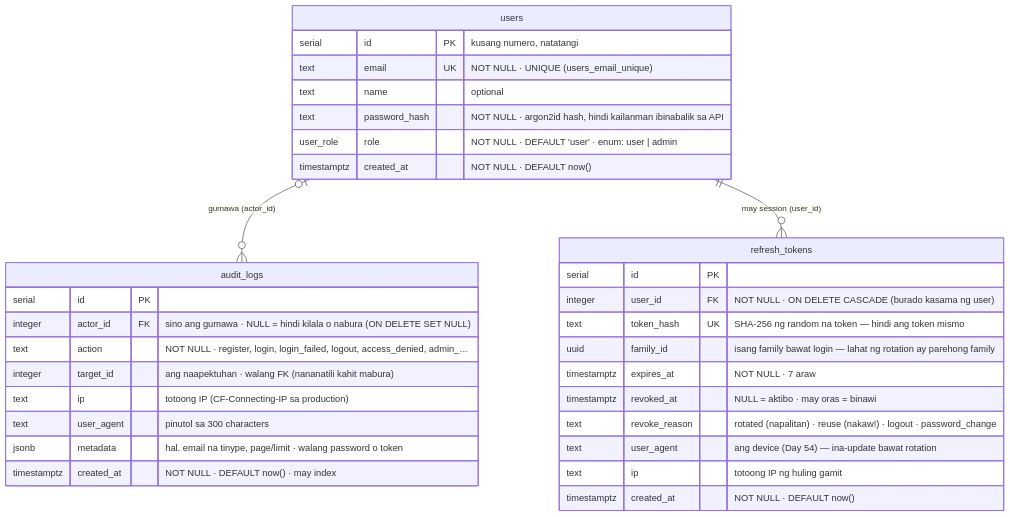
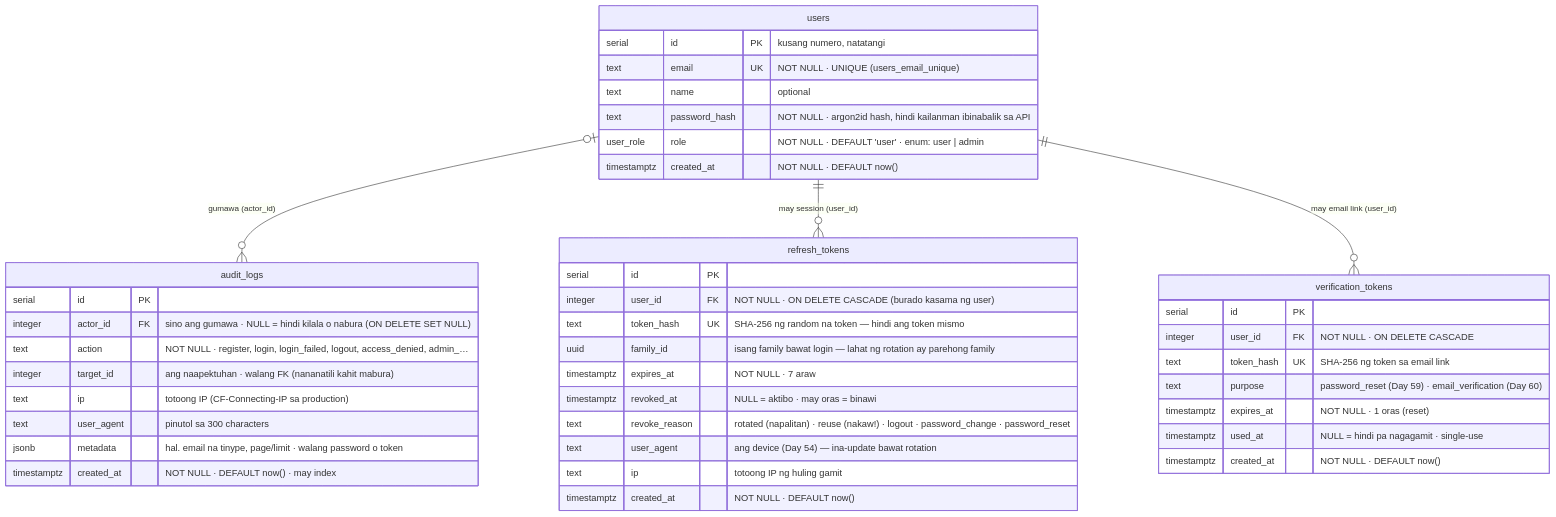
Before and after one commit to nelson1869-ai/auth-learning: the first of 2 diagrams in docs/diagrams/02-er-diagram.md, drawn with Mermaid. The commit also changed other lines of this file and 20 other files, not shown here.

````diff
--- a/docs/diagrams/02-er-diagram.md
+++ b/docs/diagrams/02-er-diagram.md
@@ -13,35 +13,45 @@
 ```mermaid
 erDiagram
     users {
         serial id PK "kusang numero, natatangi"
         text email UK "NOT NULL · UNIQUE (users_email_unique)"
         text name "optional"
         text password_hash "NOT NULL · argon2id hash, hindi kailanman ibinabalik sa API"
         user_role role "NOT NULL · DEFAULT 'user' · enum: user | admin"
         timestamptz created_at "NOT NULL · DEFAULT now()"
     }
     audit_logs {
         serial id PK
         integer actor_id FK "sino ang gumawa · NULL = hindi kilala o nabura (ON DELETE SET NULL)"
         text action "NOT NULL · register, login, login_failed, logout, access_denied, admin_…"
         integer target_id "ang naapektuhan · walang FK (nananatili kahit mabura)"
         text ip "totoong IP (CF-Connecting-IP sa production)"
         text user_agent "pinutol sa 300 characters"
         jsonb metadata "hal. email na tinype, page/limit · walang password o token"
         timestamptz created_at "NOT NULL · DEFAULT now() · may index"
     }
     refresh_tokens {
         serial id PK
         integer user_id FK "NOT NULL · ON DELETE CASCADE (burado kasama ng user)"
         text token_hash UK "SHA-256 ng random na token — hindi ang token mismo"
         uuid family_id "isang family bawat login — lahat ng rotation ay parehong family"
         timestamptz expires_at "NOT NULL · 7 araw"
         timestamptz revoked_at "NULL = aktibo · may oras = binawi"
-        text revoke_reason "rotated (napalitan) · reuse (nakaw!) · logout · password_change"
+        text revoke_reason "rotated (napalitan) · reuse (nakaw!) · logout · password_change · password_reset"
         text user_agent "ang device (Day 54) — ina-update bawat rotation"
         text ip "totoong IP ng huling gamit"
         timestamptz created_at "NOT NULL · DEFAULT now()"
     }
     users |o--o{ audit_logs : "gumawa (actor_id)"
+    verification_tokens {
+        serial id PK
+        integer user_id FK "NOT NULL · ON DELETE CASCADE"
+        text token_hash UK "SHA-256 ng token sa email link"
+        text purpose "password_reset (Day 59) · email_verification (Day 60)"
+        timestamptz expires_at "NOT NULL · 1 oras (reset)"
+        timestamptz used_at "NULL = hindi pa nagagamit · single-use"
+        timestamptz created_at "NOT NULL · DEFAULT now()"
+    }
     users ||--o{ refresh_tokens : "may session (user_id)"
+    users ||--o{ verification_tokens : "may email link (user_id)"
 ```
````
